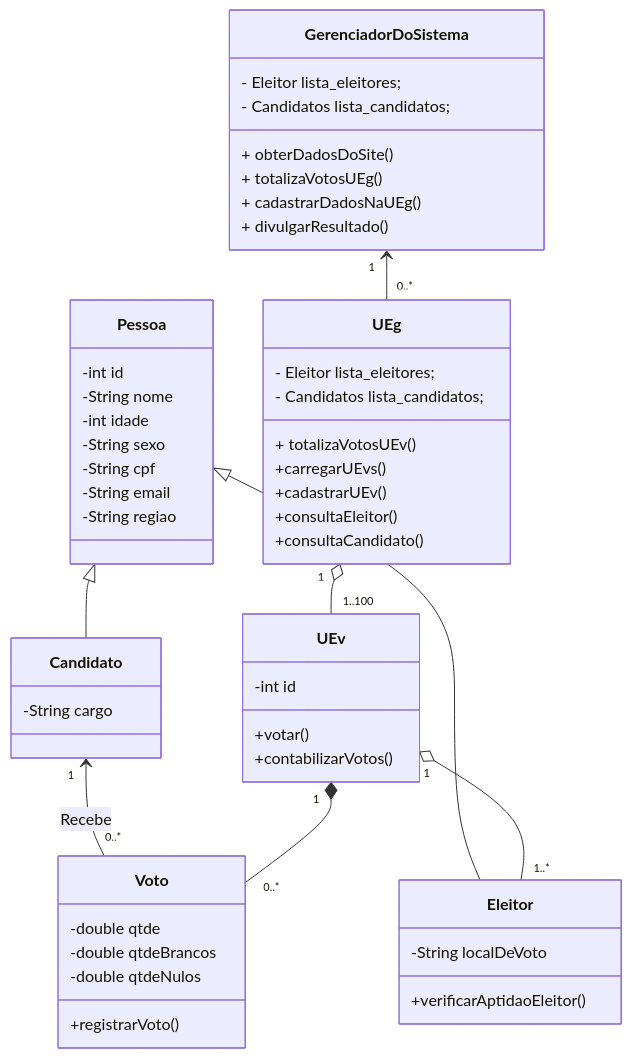
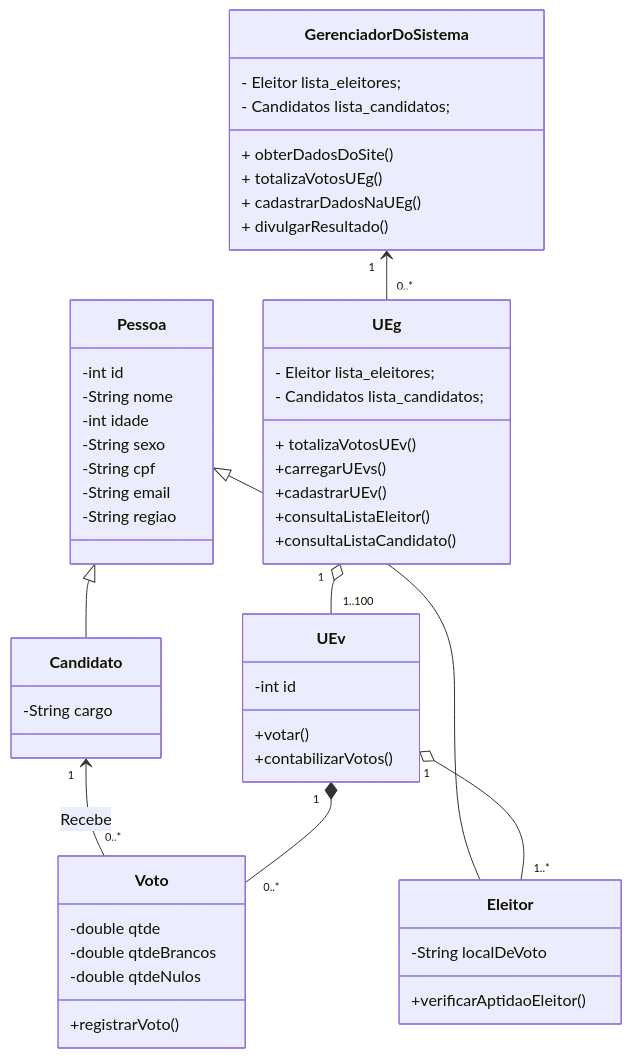
Before and after one commit to HenriqueFinatti/Modelagem-De-Software-Orientado-a-Objetos: the diagram in Lab2-Diagrama_De_Classes/Diagrama_De_Classes2.md, drawn with Mermaid. The commit also changed 7 other files, not shown here.

Commit message:
Corrigindo diagramas de sequencia

````diff
--- a/Lab2-Diagrama_De_Classes/Diagrama_De_Classes2.md
+++ b/Lab2-Diagrama_De_Classes/Diagrama_De_Classes2.md
@@ -3,63 +3,63 @@
 ```mermaid
 classDiagram
 Pessoa <|-- Eleitor
 Pessoa <|-- Candidato
 Pessoa: -int id
 Pessoa: -String nome
 Pessoa: -int idade
 Pessoa: -String sexo
 Pessoa: -String cpf
 Pessoa: -String email
 Pessoa: -String regiao
 
 
 class Eleitor{
   -String localDeVoto
   +verificarAptidaoEleitor()
 }
 
 class Candidato{
   -String cargo
 }
 
 class UEg{
     - Eleitor lista_eleitores;
     - Candidatos lista_candidatos;
     + totalizaVotosUEv()
     +carregarUEvs()
     +cadastrarUEv()
-    +consultaEleitor()
-    +consultaCandidato()
+    +consultaListaEleitor()
+    +consultaListaCandidato()
 }
 
 class UEv{
   -int id
   +votar()
   +contabilizarVotos()
 }
 
 class GerenciadorDoSistema{
     - Eleitor lista_eleitores;
     - Candidatos lista_candidatos;
     + obterDadosDoSite()
     + totalizaVotosUEg()
     + cadastrarDadosNaUEg()
     + divulgarResultado()
 }
 
 class Voto{
   -double qtde
   -double qtdeBrancos
   -double qtdeNulos
   +registrarVoto()
 }
 
 GerenciadorDoSistema "1" <-- "0..*" UEg
 Candidato "1" <-- "0..*" Voto : Recebe
 UEg "1" o-- "1..100" UEv
 UEv "1" *-- "0..*" Voto
 UEv "1" o-- "1..*" Eleitor
 
 
 
 ```
````
